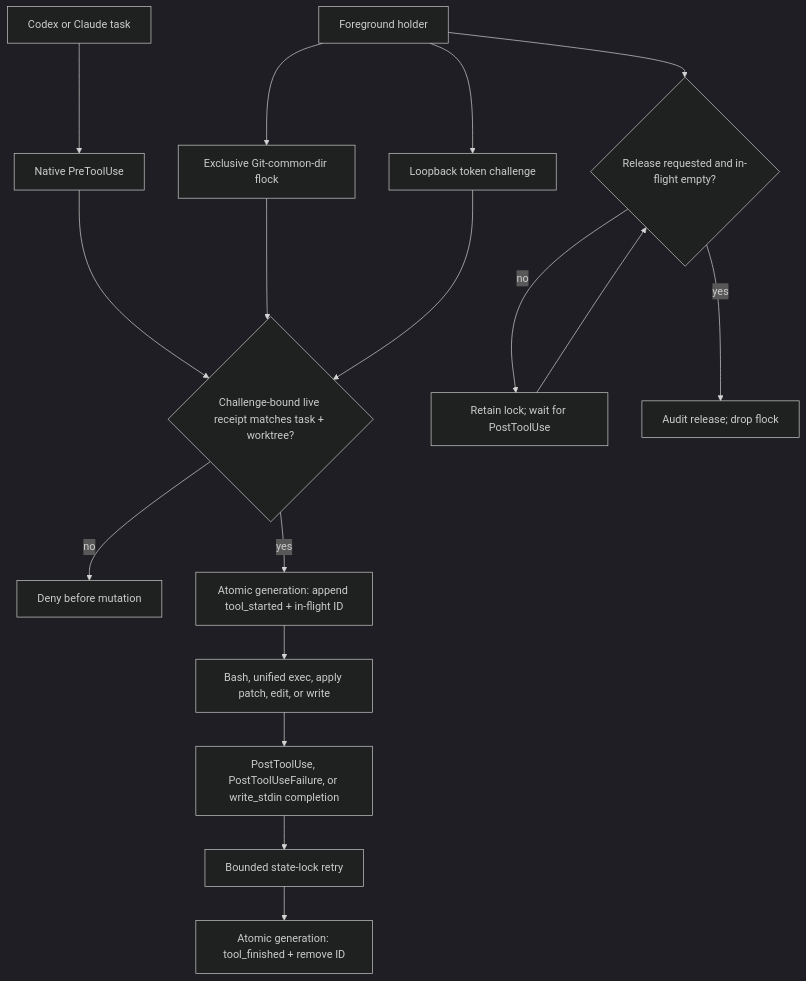
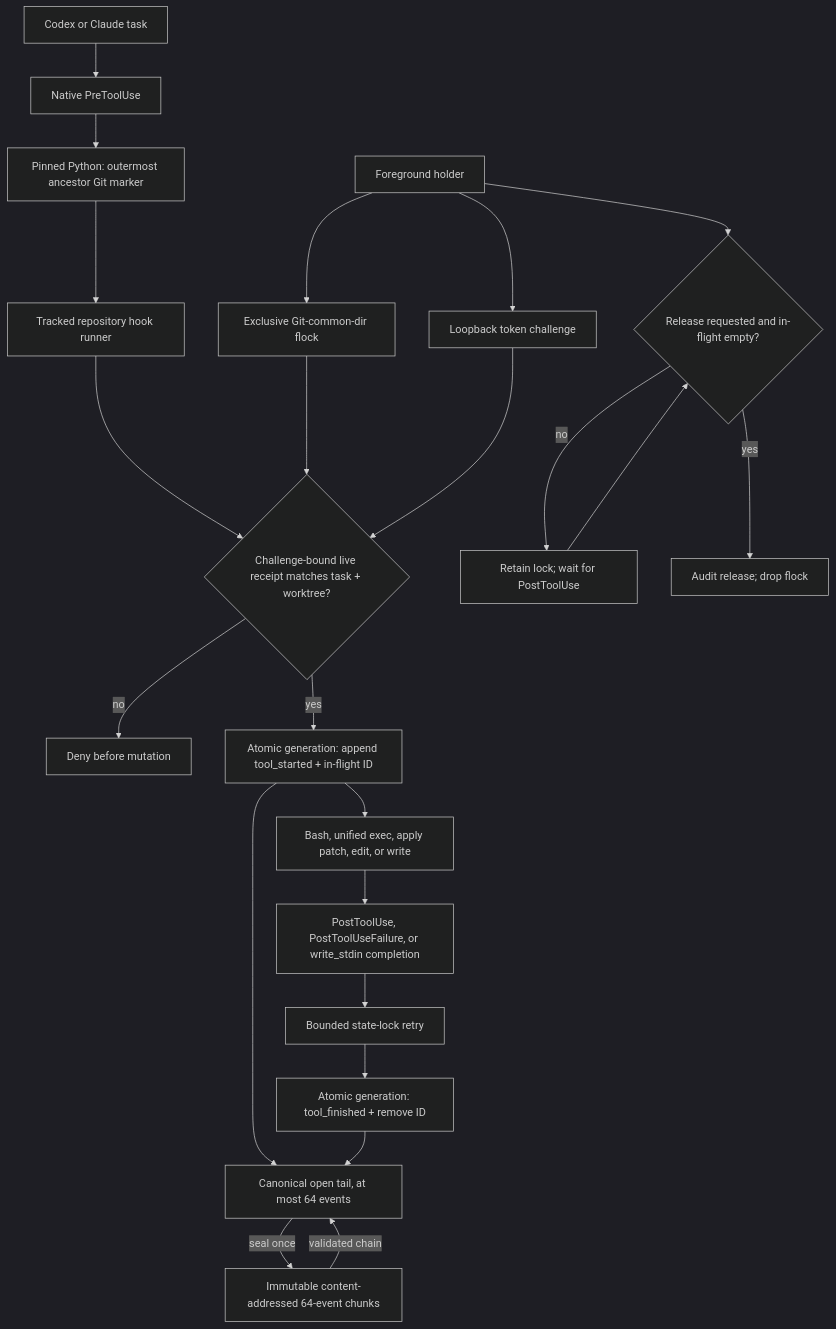
The first of 3 diagrams in docs/specs/codex-writer-lease.md (ray-manaloto/dotfiles), drawn with Mermaid (dark theme) before and after one commit. The commit also changed other lines of this file and 8 other files, not shown here.

````diff
--- a/docs/specs/codex-writer-lease.md
+++ b/docs/specs/codex-writer-lease.md
@@ -117,19 +131,26 @@
 ```mermaid
 flowchart TB
     T["Codex or Claude task"] --> PRE["Native PreToolUse"]
-    PRE --> OWN{"Challenge-bound live receipt matches task + worktree?"}
+    PRE --> ROOT["Pinned Python: outermost ancestor Git marker"]
+    ROOT --> RUNNER["Tracked repository hook runner"]
+    RUNNER --> OWN
+    OWN{"Challenge-bound live receipt matches task + worktree?"}
     OWN -->|"no"| DENY["Deny before mutation"]
     OWN -->|"yes"| START["Atomic generation: append tool_started + in-flight ID"]
     START --> TOOL["Bash, unified exec, apply patch, edit, or write"]
     TOOL --> POST["PostToolUse, PostToolUseFailure, or write_stdin completion"]
     POST --> RETRY["Bounded state-lock retry"]
     RETRY --> FINISH["Atomic generation: tool_finished + remove ID"]
+    START --> TAIL["Canonical open tail, at most 64 events"]
+    FINISH --> TAIL
+    TAIL -->|"seal once"| CHUNK["Immutable content-addressed 64-event chunks"]
+    CHUNK -->|"validated chain"| TAIL
     HOLD["Foreground holder"] --> LOCK["Exclusive Git-common-dir flock"]
     HOLD --> CHAL["Loopback token challenge"]
     LOCK --> OWN
     CHAL --> OWN
     HOLD --> DRAIN{"Release requested and in-flight empty?"}
     DRAIN -->|"no"| WAIT["Retain lock; wait for PostToolUse"]
     WAIT --> DRAIN
     DRAIN -->|"yes"| RELEASE["Audit release; drop flock"]
 ```
````
